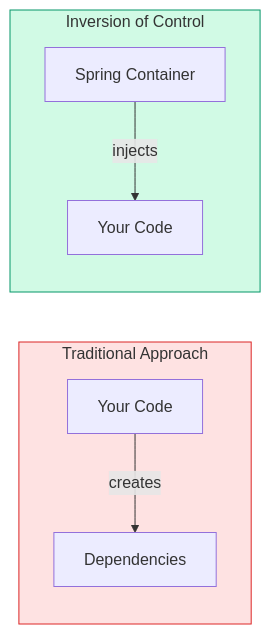
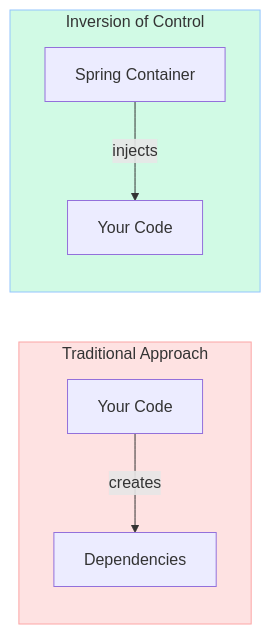
The first of 5 diagrams in docs/springboot/SpringIOC.md (saivamsikaruturi/vamsilabs-dev-notes-main), drawn with Mermaid before and after one commit. The commit also changed other lines of this file and 220 other files, not shown here.

First line of the commit message:
Add 50+ new Java/Spring Boot pages, rewrite CSS code blocks to Oracle style, fix all diagram colors

````diff
--- a/docs/springboot/SpringIOC.md
+++ b/docs/springboot/SpringIOC.md
@@ -5,12 +5,12 @@
 ```mermaid
 flowchart LR
     subgraph Traditional["Traditional Approach"]
         A["Your Code"] -->|creates| B["Dependencies"]
     end
     subgraph IoC["Inversion of Control"]
         C["Spring Container"] -->|injects| D["Your Code"]
     end
 
-    style Traditional fill:#FEE2E2,stroke:#DC2626
-    style IoC fill:#D1FAE5,stroke:#059669
+    style Traditional fill:#FEE2E2,stroke:#FCA5A5
+    style IoC fill:#D1FAE5,stroke:#93C5FD
 ```
````
